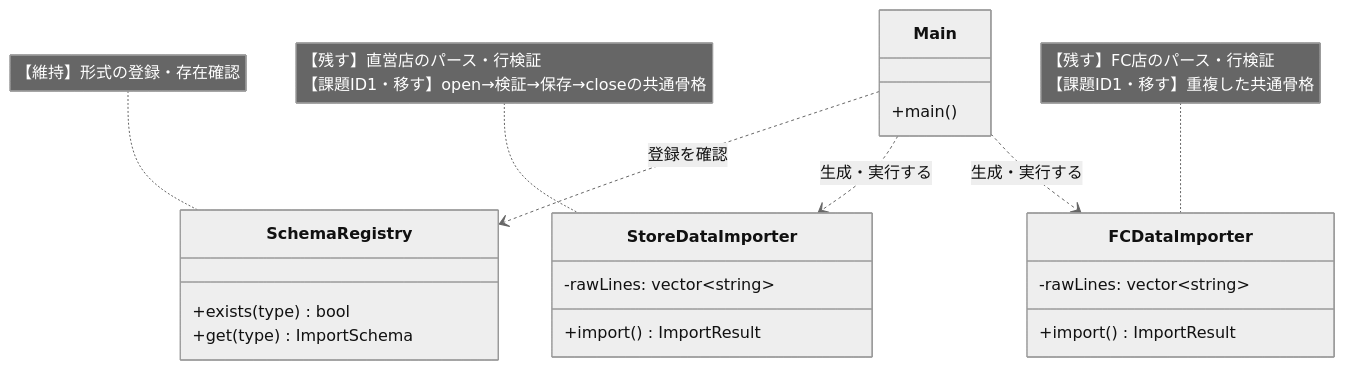
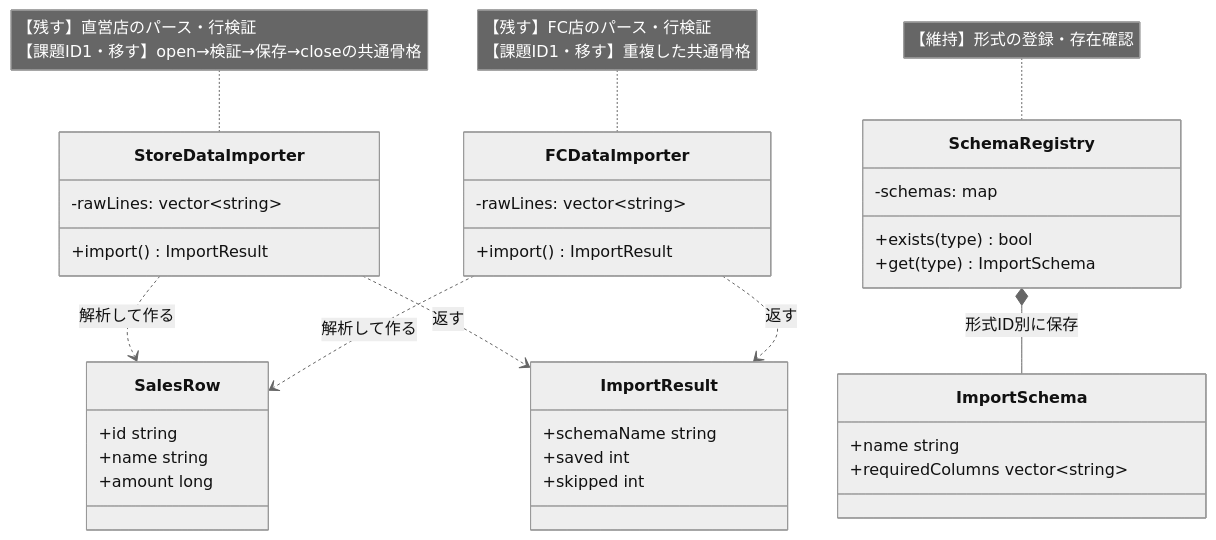
Before and after one commit to kumachan1101-pixel/DesignPattern: the eighth of 19 diagrams in kindle/design-patterns/output/chapter04.md, drawn with Mermaid (neutral theme). The commit also changed other lines of this file and 24 other files, not shown here.

Commit message:
docs: 問題から導く構成とクラス図説明を整合

````diff
--- a/kindle/design-patterns/output/chapter04.md
+++ b/kindle/design-patterns/output/chapter04.md
@@ -1518,28 +1514,42 @@
 ```mermaid
 classDiagram
     direction TB
     class StoreDataImporter {
         -rawLines: vector~string~
         +import() ImportResult
     }
     class FCDataImporter {
         -rawLines: vector~string~
         +import() ImportResult
     }
     class SchemaRegistry {
+        -schemas: map
         +exists(type) bool
         +get(type) ImportSchema
     }
-    class Main {
-        +main()
+    class SalesRow {
+        +id string
+        +name string
+        +amount long
     }
-    Main ..> SchemaRegistry : 登録を確認
-    Main ..> StoreDataImporter : 生成・実行する
-    Main ..> FCDataImporter : 生成・実行する
+    class ImportResult {
+        +schemaName string
+        +saved int
+        +skipped int
+    }
+    class ImportSchema {
+        +name string
+        +requiredColumns vector~string~
+    }
+    StoreDataImporter ..> SalesRow : 解析して作る
+    FCDataImporter ..> SalesRow : 解析して作る
+    StoreDataImporter ..> ImportResult : 返す
+    FCDataImporter ..> ImportResult : 返す
+    SchemaRegistry *-- ImportSchema : 形式ID別に保存
     note for StoreDataImporter "【残す】直営店のパース・行検証<br/>【課題ID1・移す】open→検証→保存→closeの共通骨格"
     note for FCDataImporter "【残す】FC店のパース・行検証<br/>【課題ID1・移す】重複した共通骨格"
     note for SchemaRegistry "【維持】形式の登録・存在確認"
 
     classDef focus fill:#FFF2CC,stroke:#D6B656,stroke-width:2px,color:#222222
     cssClass "StoreDataImporter,FCDataImporter" focus
 ```
````
